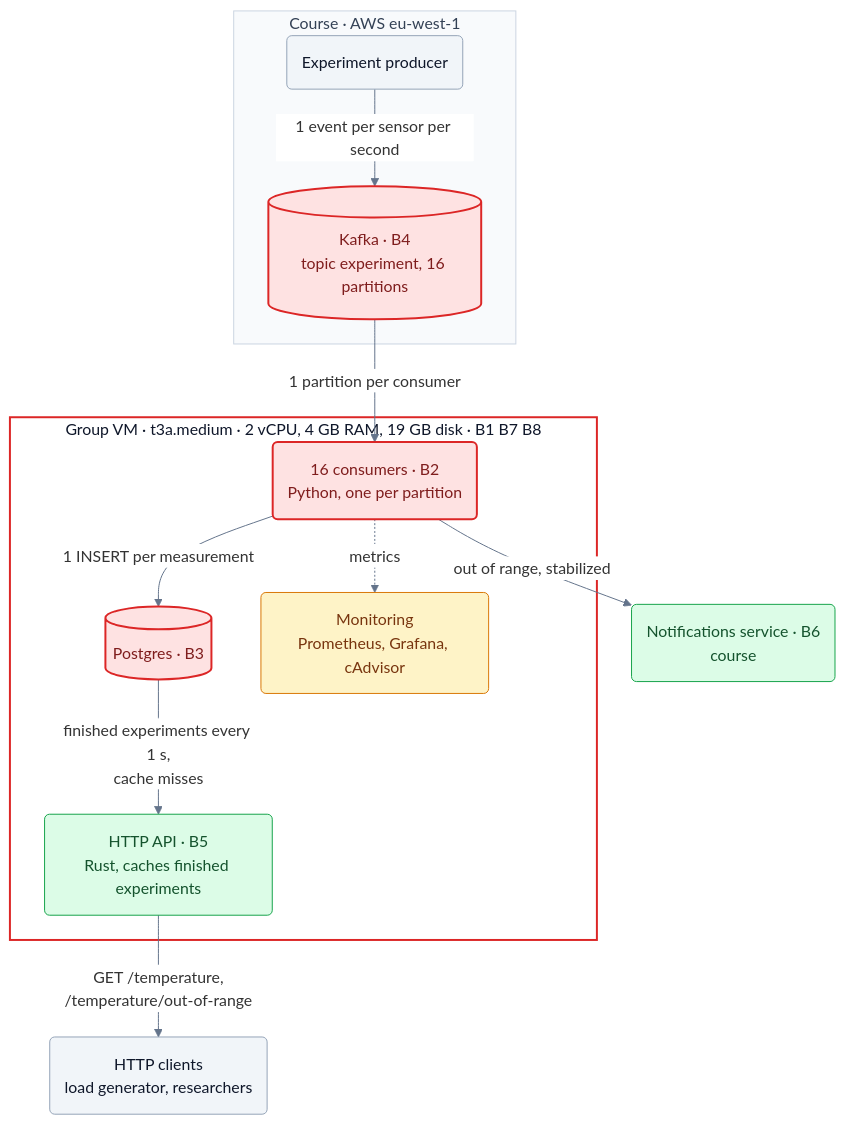
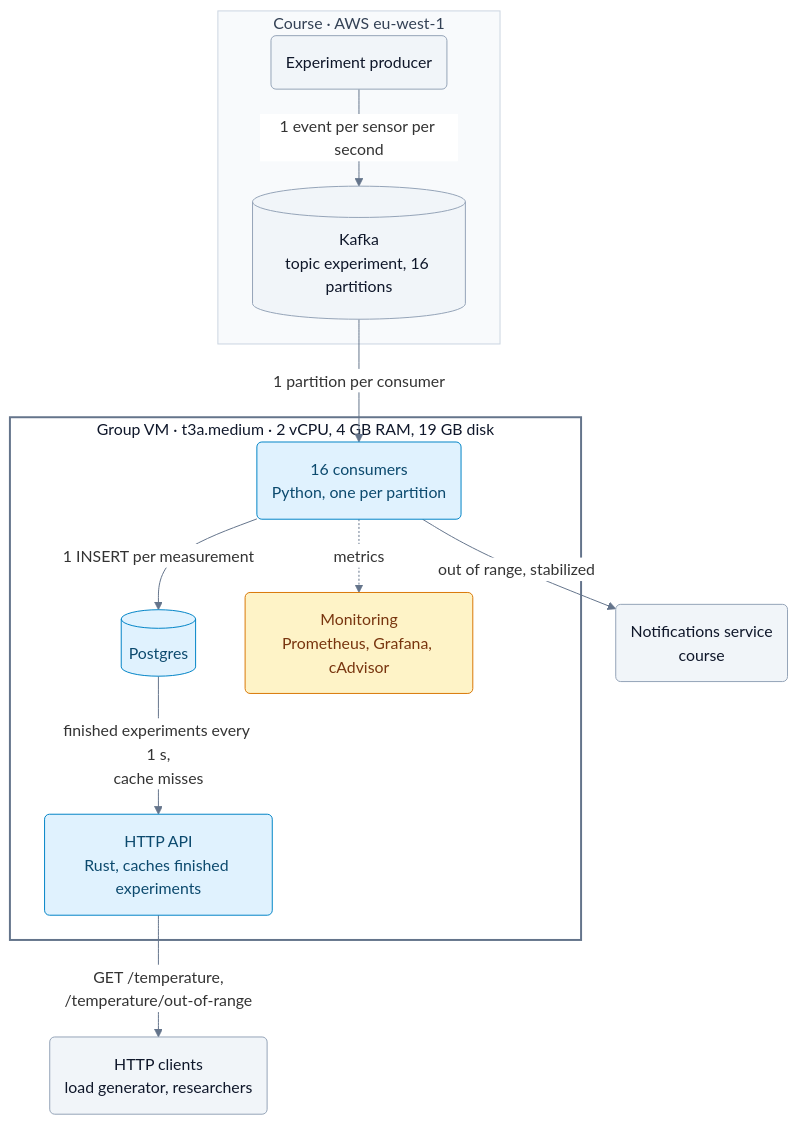
The diagram in README.md (jakobvongehlen/cec-assignment-implementation), drawn with Mermaid before and after one commit. The commit also changed other lines of this file, not shown here.

````diff
--- a/README.md
+++ b/README.md
@@ -10,37 +7,35 @@
 ```mermaid
 %%{init: {"theme": "base", "themeVariables": {"lineColor": "#64748b", "textColor": "#0f172a", "edgeLabelBackground": "#ffffff"}}}%%
 flowchart TB
     subgraph course[" Course · AWS eu-west-1 "]
         producer("Experiment producer")
-        kafka[("Kafka · B4<br/>topic experiment, 16 partitions")]
+        kafka[("Kafka<br/>topic experiment, 16 partitions")]
     end
 
-    subgraph vm[" Group VM · t3a.medium · 2 vCPU, 4 GB RAM, 19 GB disk · B1 B7 B8 "]
-        consumers("16 consumers · B2<br/>Python, one per partition")
-        db[("Postgres · B3")]
-        api("HTTP API · B5<br/>Rust, caches finished experiments")
+    subgraph vm[" Group VM · t3a.medium · 2 vCPU, 4 GB RAM, 19 GB disk "]
+        consumers("16 consumers<br/>Python, one per partition")
+        db[("Postgres")]
+        api("HTTP API<br/>Rust, caches finished experiments")
         mon("Monitoring<br/>Prometheus, Grafana, cAdvisor")
     end
 
-    notify("Notifications service · B6<br/>course")
+    notify("Notifications service<br/>course")
     clients("HTTP clients<br/>load generator, researchers")
 
     producer -->|"1 event per sensor per second"| kafka
     kafka -->|"1 partition per consumer"| consumers
     consumers -->|"1 INSERT per measurement"| db
     consumers -->|"out of range, stabilized"| notify
     db -->|"finished experiments every 1 s,<br/>cache misses"| api
     api -->|"GET /temperature,<br/>/temperature/out-of-range"| clients
     consumers -.->|"metrics"| mon
 
     classDef external fill:#f1f5f9,stroke:#94a3b8,color:#0f172a
-    classDef limit fill:#fee2e2,stroke:#dc2626,stroke-width:2px,color:#7f1d1d
-    classDef headroom fill:#dcfce7,stroke:#16a34a,color:#14532d
+    classDef service fill:#e0f2fe,stroke:#0284c7,color:#0c4a6e
     classDef monitor fill:#fef3c7,stroke:#d97706,color:#78350f
-    class producer,clients external
-    class kafka,consumers,db limit
-    class api,notify headroom
+    class producer,kafka,notify,clients external
+    class consumers,db,api service
     class mon monitor
-    style vm fill:#ffffff,stroke:#dc2626,stroke-width:2px,color:#0f172a
+    style vm fill:#ffffff,stroke:#64748b,stroke-width:2px,color:#0f172a
     style course fill:#f8fafc,stroke:#cbd5e1,color:#334155
 ```
````
